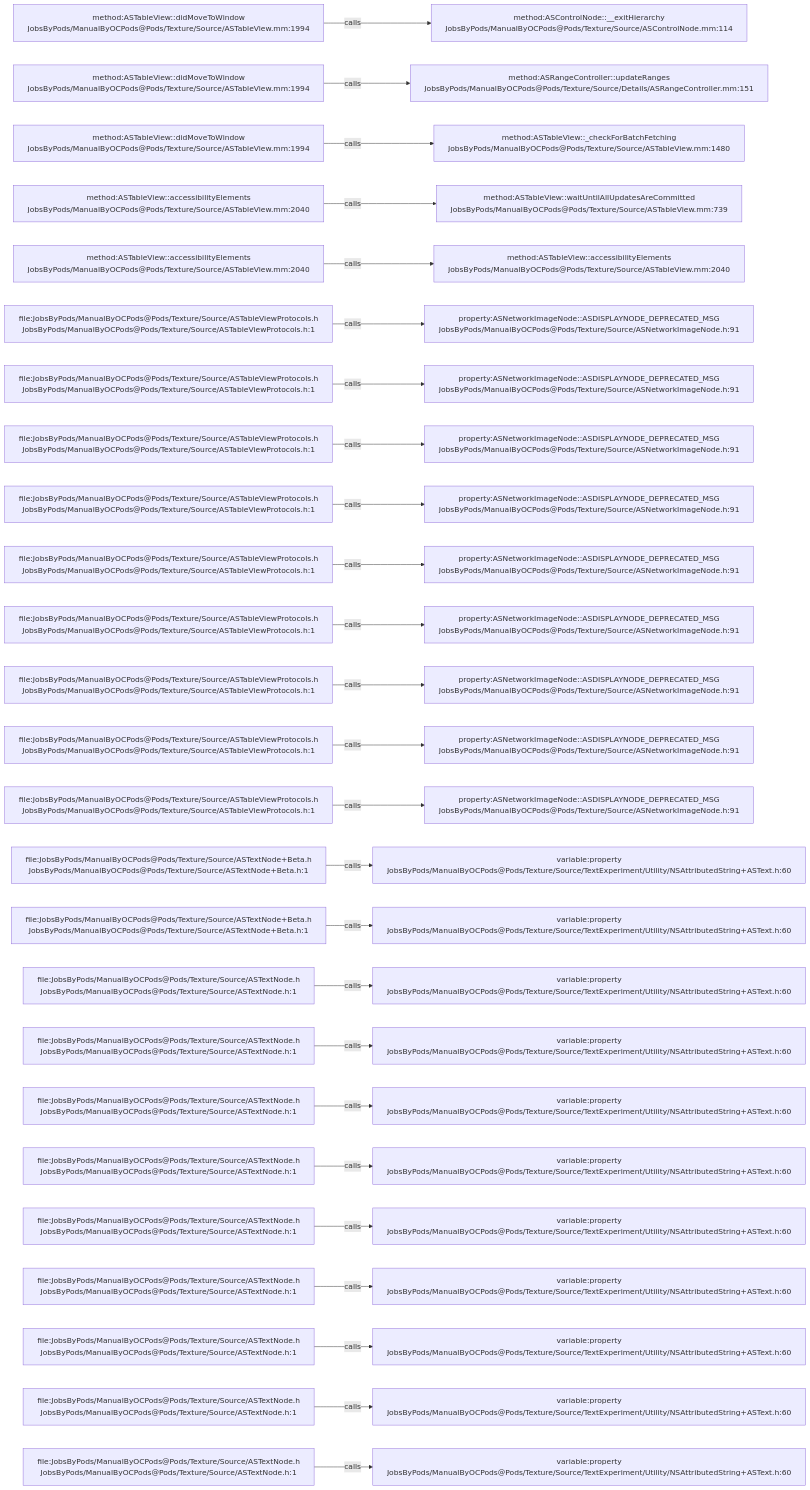
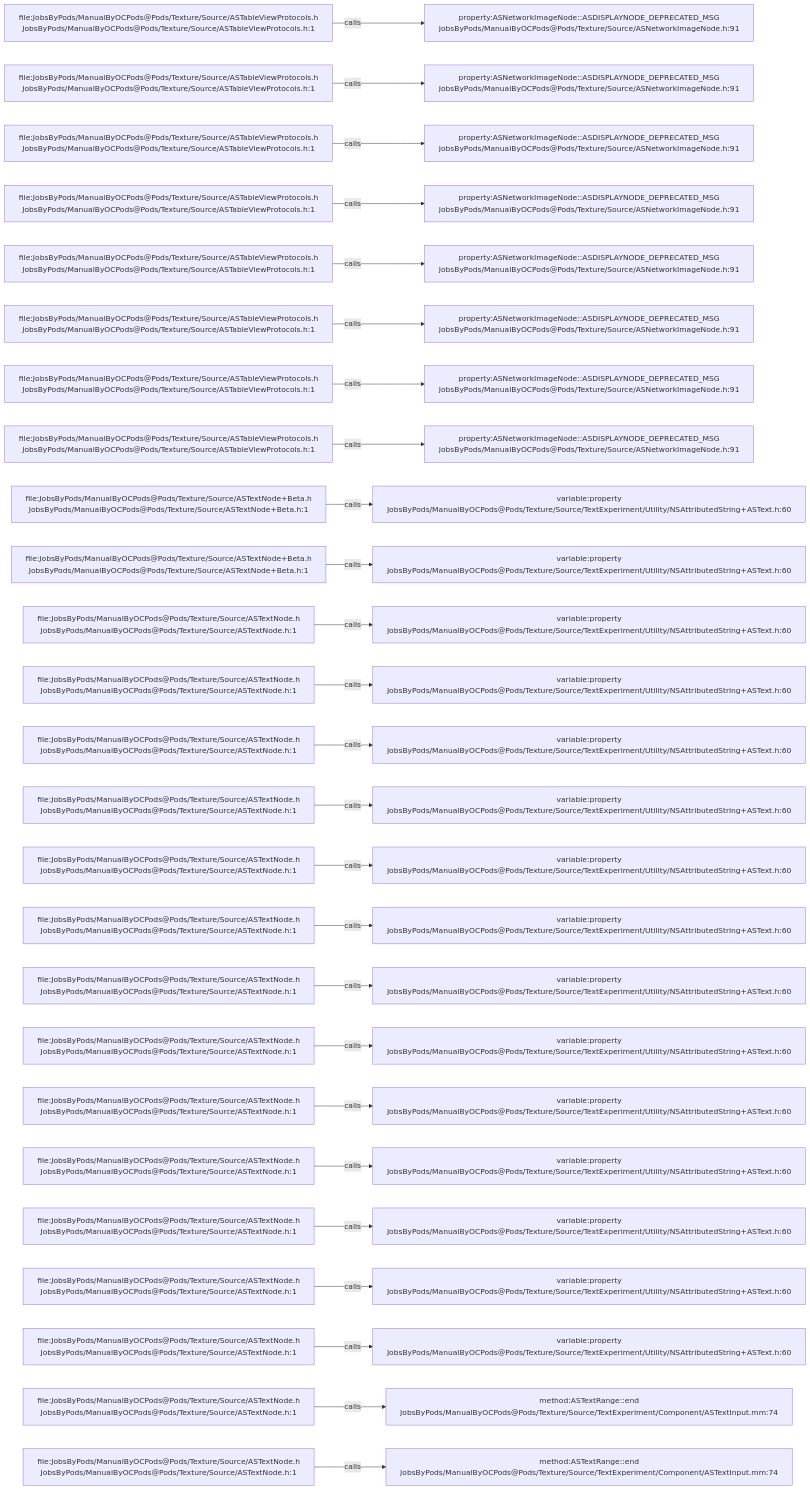
Before and after one commit to JobsKits/JobsOCBaseConfigDemo: the diagram in .codegraph/codegraph.md/graphs/calls-124.md, drawn with Mermaid. The commit also changed 666 other files, not shown here.

````diff
--- a/.codegraph/codegraph.md/graphs/calls-124.md
+++ b/.codegraph/codegraph.md/graphs/calls-124.md
@@ -13,78 +13,78 @@
 ```mermaid
 flowchart LR
-  S1["method:ASTableView::didMoveToWindow<br/>JobsByPods/ManualByOCPods@Pods/Texture/Source/ASTableView.mm:1994"]
-  T1["method:ASControlNode::__exitHierarchy<br/>JobsByPods/ManualByOCPods@Pods/Texture/Source/ASControlNode.mm:114"]
+  S1["file:JobsByPods/ManualByOCPods@Pods/Texture/Source/ASTableViewProtocols.h<br/>JobsByPods/ManualByOCPods@Pods/Texture/Source/ASTableViewProtocols.h:1"]
+  T1["property:ASNetworkImageNode::ASDISPLAYNODE_DEPRECATED_MSG<br/>JobsByPods/ManualByOCPods@Pods/Texture/Source/ASNetworkImageNode.h:91"]
   S1 -->|calls| T1
-  S2["method:ASTableView::didMoveToWindow<br/>JobsByPods/ManualByOCPods@Pods/Texture/Source/ASTableView.mm:1994"]
-  T2["method:ASRangeController::updateRanges<br/>JobsByPods/ManualByOCPods@Pods/Texture/Source/Details/ASRangeController.mm:151"]
+  S2["file:JobsByPods/ManualByOCPods@Pods/Texture/Source/ASTableViewProtocols.h<br/>JobsByPods/ManualByOCPods@Pods/Texture/Source/ASTableViewProtocols.h:1"]
+  T2["property:ASNetworkImageNode::ASDISPLAYNODE_DEPRECATED_MSG<br/>JobsByPods/ManualByOCPods@Pods/Texture/Source/ASNetworkImageNode.h:91"]
   S2 -->|calls| T2
-  S3["method:ASTableView::didMoveToWindow<br/>JobsByPods/ManualByOCPods@Pods/Texture/Source/ASTableView.mm:1994"]
-  T3["method:ASTableView::_checkForBatchFetching<br/>JobsByPods/ManualByOCPods@Pods/Texture/Source/ASTableView.mm:1480"]
+  S3["file:JobsByPods/ManualByOCPods@Pods/Texture/Source/ASTableViewProtocols.h<br/>JobsByPods/ManualByOCPods@Pods/Texture/Source/ASTableViewProtocols.h:1"]
+  T3["property:ASNetworkImageNode::ASDISPLAYNODE_DEPRECATED_MSG<br/>JobsByPods/ManualByOCPods@Pods/Texture/Source/ASNetworkImageNode.h:91"]
   S3 -->|calls| T3
-  S4["method:ASTableView::accessibilityElements<br/>JobsByPods/ManualByOCPods@Pods/Texture/Source/ASTableView.mm:2040"]
-  T4["method:ASTableView::waitUntilAllUpdatesAreCommitted<br/>JobsByPods/ManualByOCPods@Pods/Texture/Source/ASTableView.mm:739"]
+  S4["file:JobsByPods/ManualByOCPods@Pods/Texture/Source/ASTableViewProtocols.h<br/>JobsByPods/ManualByOCPods@Pods/Texture/Source/ASTableViewProtocols.h:1"]
+  T4["property:ASNetworkImageNode::ASDISPLAYNODE_DEPRECATED_MSG<br/>JobsByPods/ManualByOCPods@Pods/Texture/Source/ASNetworkImageNode.h:91"]
   S4 -->|calls| T4
-  S5["method:ASTableView::accessibilityElements<br/>JobsByPods/ManualByOCPods@Pods/Texture/Source/ASTableView.mm:2040"]
-  T5["method:ASTableView::accessibilityElements<br/>JobsByPods/ManualByOCPods@Pods/Texture/Source/ASTableView.mm:2040"]
+  S5["file:JobsByPods/ManualByOCPods@Pods/Texture/Source/ASTableViewProtocols.h<br/>JobsByPods/ManualByOCPods@Pods/Texture/Source/ASTableViewProtocols.h:1"]
+  T5["property:ASNetworkImageNode::ASDISPLAYNODE_DEPRECATED_MSG<br/>JobsByPods/ManualByOCPods@Pods/Texture/Source/ASNetworkImageNode.h:91"]
   S5 -->|calls| T5
   S6["file:JobsByPods/ManualByOCPods@Pods/Texture/Source/ASTableViewProtocols.h<br/>JobsByPods/ManualByOCPods@Pods/Texture/Source/ASTableViewProtocols.h:1"]
   T6["property:ASNetworkImageNode::ASDISPLAYNODE_DEPRECATED_MSG<br/>JobsByPods/ManualByOCPods@Pods/Texture/Source/ASNetworkImageNode.h:91"]
   S6 -->|calls| T6
   S7["file:JobsByPods/ManualByOCPods@Pods/Texture/Source/ASTableViewProtocols.h<br/>JobsByPods/ManualByOCPods@Pods/Texture/Source/ASTableViewProtocols.h:1"]
   T7["property:ASNetworkImageNode::ASDISPLAYNODE_DEPRECATED_MSG<br/>JobsByPods/ManualByOCPods@Pods/Texture/Source/ASNetworkImageNode.h:91"]
   S7 -->|calls| T7
   S8["file:JobsByPods/ManualByOCPods@Pods/Texture/Source/ASTableViewProtocols.h<br/>JobsByPods/ManualByOCPods@Pods/Texture/Source/ASTableViewProtocols.h:1"]
   T8["property:ASNetworkImageNode::ASDISPLAYNODE_DEPRECATED_MSG<br/>JobsByPods/ManualByOCPods@Pods/Texture/Source/ASNetworkImageNode.h:91"]
   S8 -->|calls| T8
-  S9["file:JobsByPods/ManualByOCPods@Pods/Texture/Source/ASTableViewProtocols.h<br/>JobsByPods/ManualByOCPods@Pods/Texture/Source/ASTableViewProtocols.h:1"]
-  T9["property:ASNetworkImageNode::ASDISPLAYNODE_DEPRECATED_MSG<br/>JobsByPods/ManualByOCPods@Pods/Texture/Source/ASNetworkImageNode.h:91"]
+  S9["file:JobsByPods/ManualByOCPods@Pods/Texture/Source/ASTextNode+Beta.h<br/>JobsByPods/ManualByOCPods@Pods/Texture/Source/ASTextNode+Beta.h:1"]
+  T9["variable:property<br/>JobsByPods/ManualByOCPods@Pods/Texture/Source/TextExperiment/Utility/NSAttributedString+ASText.h:60"]
   S9 -->|calls| T9
-  S10["file:JobsByPods/ManualByOCPods@Pods/Texture/Source/ASTableViewProtocols.h<br/>JobsByPods/ManualByOCPods@Pods/Texture/Source/ASTableViewProtocols.h:1"]
-  T10["property:ASNetworkImageNode::ASDISPLAYNODE_DEPRECATED_MSG<br/>JobsByPods/ManualByOCPods@Pods/Texture/Source/ASNetworkImageNode.h:91"]
+  S10["file:JobsByPods/ManualByOCPods@Pods/Texture/Source/ASTextNode+Beta.h<br/>JobsByPods/ManualByOCPods@Pods/Texture/Source/ASTextNode+Beta.h:1"]
+  T10["variable:property<br/>JobsByPods/ManualByOCPods@Pods/Texture/Source/TextExperiment/Utility/NSAttributedString+ASText.h:60"]
   S10 -->|calls| T10
-  S11["file:JobsByPods/ManualByOCPods@Pods/Texture/Source/ASTableViewProtocols.h<br/>JobsByPods/ManualByOCPods@Pods/Texture/Source/ASTableViewProtocols.h:1"]
-  T11["property:ASNetworkImageNode::ASDISPLAYNODE_DEPRECATED_MSG<br/>JobsByPods/ManualByOCPods@Pods/Texture/Source/ASNetworkImageNode.h:91"]
+  S11["file:JobsByPods/ManualByOCPods@Pods/Texture/Source/ASTextNode.h<br/>JobsByPods/ManualByOCPods@Pods/Texture/Source/ASTextNode.h:1"]
+  T11["variable:property<br/>JobsByPods/ManualByOCPods@Pods/Texture/Source/TextExperiment/Utility/NSAttributedString+ASText.h:60"]
   S11 -->|calls| T11
-  S12["file:JobsByPods/ManualByOCPods@Pods/Texture/Source/ASTableViewProtocols.h<br/>JobsByPods/ManualByOCPods@Pods/Texture/Source/ASTableViewProtocols.h:1"]
-  T12["property:ASNetworkImageNode::ASDISPLAYNODE_DEPRECATED_MSG<br/>JobsByPods/ManualByOCPods@Pods/Texture/Source/ASNetworkImageNode.h:91"]
+  S12["file:JobsByPods/ManualByOCPods@Pods/Texture/Source/ASTextNode.h<br/>JobsByPods/ManualByOCPods@Pods/Texture/Source/ASTextNode.h:1"]
+  T12["variable:property<br/>JobsByPods/ManualByOCPods@Pods/Texture/Source/TextExperiment/Utility/NSAttributedString+ASText.h:60"]
   S12 -->|calls| T12
-  S13["file:JobsByPods/ManualByOCPods@Pods/Texture/Source/ASTableViewProtocols.h<br/>JobsByPods/ManualByOCPods@Pods/Texture/Source/ASTableViewProtocols.h:1"]
-  T13["property:ASNetworkImageNode::ASDISPLAYNODE_DEPRECATED_MSG<br/>JobsByPods/ManualByOCPods@Pods/Texture/Source/ASNetworkImageNode.h:91"]
+  S13["file:JobsByPods/ManualByOCPods@Pods/Texture/Source/ASTextNode.h<br/>JobsByPods/ManualByOCPods@Pods/Texture/Source/ASTextNode.h:1"]
+  T13["variable:property<br/>JobsByPods/ManualByOCPods@Pods/Texture/Source/TextExperiment/Utility/NSAttributedString+ASText.h:60"]
   S13 -->|calls| T13
-  S14["file:JobsByPods/ManualByOCPods@Pods/Texture/Source/ASTableViewProtocols.h<br/>JobsByPods/ManualByOCPods@Pods/Texture/Source/ASTableViewProtocols.h:1"]
-  T14["property:ASNetworkImageNode::ASDISPLAYNODE_DEPRECATED_MSG<br/>JobsByPods/ManualByOCPods@Pods/Texture/Source/ASNetworkImageNode.h:91"]
+  S14["file:JobsByPods/ManualByOCPods@Pods/Texture/Source/ASTextNode.h<br/>JobsByPods/ManualByOCPods@Pods/Texture/Source/ASTextNode.h:1"]
+  T14["variable:property<br/>JobsByPods/ManualByOCPods@Pods/Texture/Source/TextExperiment/Utility/NSAttributedString+ASText.h:60"]
   S14 -->|calls| T14
-  S15["file:JobsByPods/ManualByOCPods@Pods/Texture/Source/ASTextNode+Beta.h<br/>JobsByPods/ManualByOCPods@Pods/Texture/Source/ASTextNode+Beta.h:1"]
+  S15["file:JobsByPods/ManualByOCPods@Pods/Texture/Source/ASTextNode.h<br/>JobsByPods/ManualByOCPods@Pods/Texture/Source/ASTextNode.h:1"]
   T15["variable:property<br/>JobsByPods/ManualByOCPods@Pods/Texture/Source/TextExperiment/Utility/NSAttributedString+ASText.h:60"]
   S15 -->|calls| T15
-  S16["file:JobsByPods/ManualByOCPods@Pods/Texture/Source/ASTextNode+Beta.h<br/>JobsByPods/ManualByOCPods@Pods/Texture/Source/ASTextNode+Beta.h:1"]
+  S16["file:JobsByPods/ManualByOCPods@Pods/Texture/Source/ASTextNode.h<br/>JobsByPods/ManualByOCPods@Pods/Texture/Source/ASTextNode.h:1"]
   T16["variable:property<br/>JobsByPods/ManualByOCPods@Pods/Texture/Source/TextExperiment/Utility/NSAttributedString+ASText.h:60"]
   S16 -->|calls| T16
   S17["file:JobsByPods/ManualByOCPods@Pods/Texture/Source/ASTextNode.h<br/>JobsByPods/ManualByOCPods@Pods/Texture/Source/ASTextNode.h:1"]
   T17["variable:property<br/>JobsByPods/ManualByOCPods@Pods/Texture/Source/TextExperiment/Utility/NSAttributedString+ASText.h:60"]
   S17 -->|calls| T17
   S18["file:JobsByPods/ManualByOCPods@Pods/Texture/Source/ASTextNode.h<br/>JobsByPods/ManualByOCPods@Pods/Texture/Source/ASTextNode.h:1"]
   T18["variable:property<br/>JobsByPods/ManualByOCPods@Pods/Texture/Source/TextExperiment/Utility/NSAttributedString+ASText.h:60"]
   S18 -->|calls| T18
   S19["file:JobsByPods/ManualByOCPods@Pods/Texture/Source/ASTextNode.h<br/>JobsByPods/ManualByOCPods@Pods/Texture/Source/ASTextNode.h:1"]
   T19["variable:property<br/>JobsByPods/ManualByOCPods@Pods/Texture/Source/TextExperiment/Utility/NSAttributedString+ASText.h:60"]
   S19 -->|calls| T19
   S20["file:JobsByPods/ManualByOCPods@Pods/Texture/Source/ASTextNode.h<br/>JobsByPods/ManualByOCPods@Pods/Texture/Source/ASTextNode.h:1"]
   T20["variable:property<br/>JobsByPods/ManualByOCPods@Pods/Texture/Source/TextExperiment/Utility/NSAttributedString+ASText.h:60"]
   S20 -->|calls| T20
   S21["file:JobsByPods/ManualByOCPods@Pods/Texture/Source/ASTextNode.h<br/>JobsByPods/ManualByOCPods@Pods/Texture/Source/ASTextNode.h:1"]
   T21["variable:property<br/>JobsByPods/ManualByOCPods@Pods/Texture/Source/TextExperiment/Utility/NSAttributedString+ASText.h:60"]
   S21 -->|calls| T21
   S22["file:JobsByPods/ManualByOCPods@Pods/Texture/Source/ASTextNode.h<br/>JobsByPods/ManualByOCPods@Pods/Texture/Source/ASTextNode.h:1"]
   T22["variable:property<br/>JobsByPods/ManualByOCPods@Pods/Texture/Source/TextExperiment/Utility/NSAttributedString+ASText.h:60"]
   S22 -->|calls| T22
   S23["file:JobsByPods/ManualByOCPods@Pods/Texture/Source/ASTextNode.h<br/>JobsByPods/ManualByOCPods@Pods/Texture/Source/ASTextNode.h:1"]
   T23["variable:property<br/>JobsByPods/ManualByOCPods@Pods/Texture/Source/TextExperiment/Utility/NSAttributedString+ASText.h:60"]
   S23 -->|calls| T23
   S24["file:JobsByPods/ManualByOCPods@Pods/Texture/Source/ASTextNode.h<br/>JobsByPods/ManualByOCPods@Pods/Texture/Source/ASTextNode.h:1"]
-  T24["variable:property<br/>JobsByPods/ManualByOCPods@Pods/Texture/Source/TextExperiment/Utility/NSAttributedString+ASText.h:60"]
+  T24["method:ASTextRange::end<br/>JobsByPods/ManualByOCPods@Pods/Texture/Source/TextExperiment/Component/ASTextInput.mm:74"]
   S24 -->|calls| T24
   S25["file:JobsByPods/ManualByOCPods@Pods/Texture/Source/ASTextNode.h<br/>JobsByPods/ManualByOCPods@Pods/Texture/Source/ASTextNode.h:1"]
-  T25["variable:property<br/>JobsByPods/ManualByOCPods@Pods/Texture/Source/TextExperiment/Utility/NSAttributedString+ASText.h:60"]
+  T25["method:ASTextRange::end<br/>JobsByPods/ManualByOCPods@Pods/Texture/Source/TextExperiment/Component/ASTextInput.mm:74"]
   S25 -->|calls| T25
 ```
````
